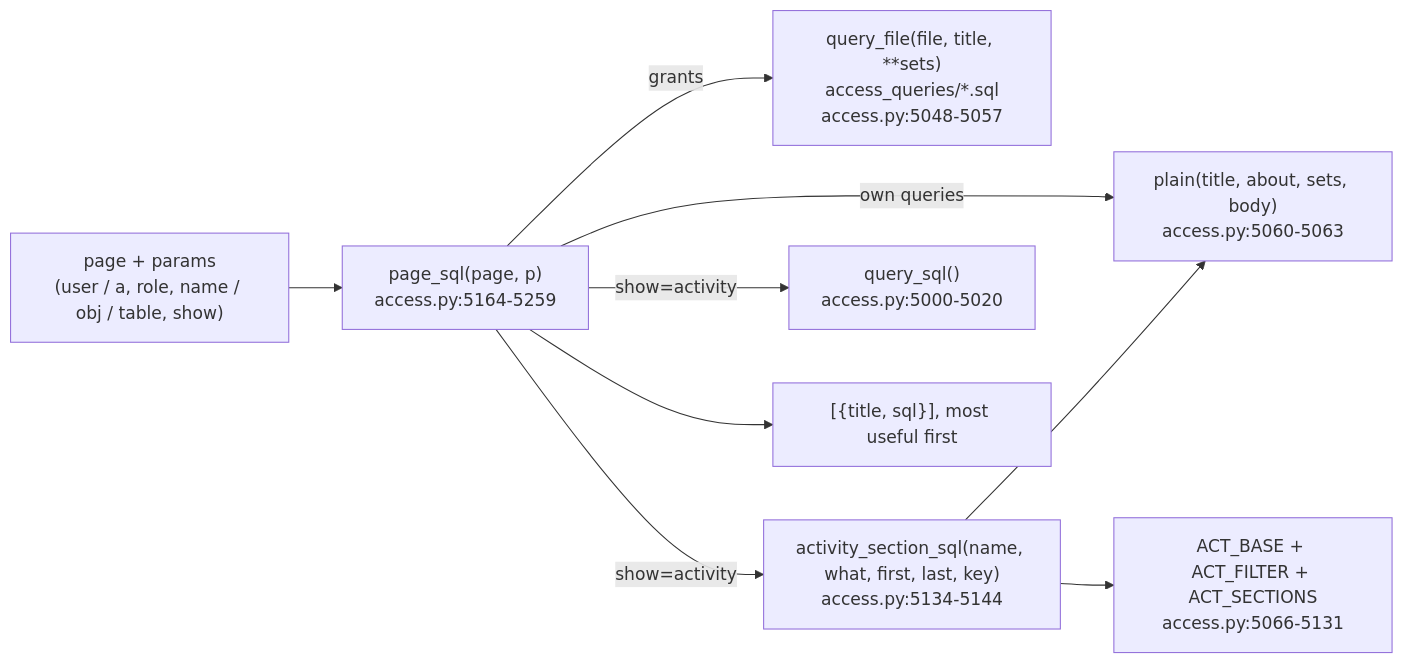
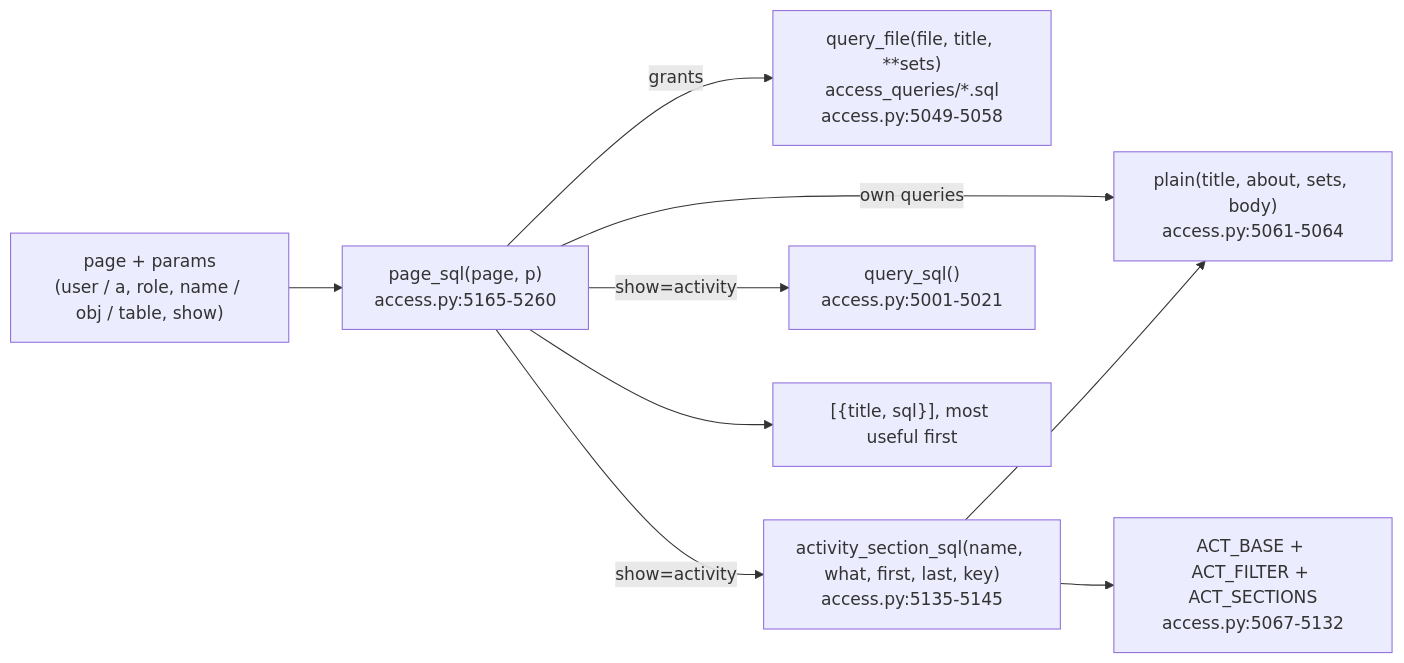
One commit to darshanmeel/snowflake-access-explorer changed the diagram in snowflake-access-explorer-knowledge-graph/logic/page-sql.md. Above: the diagram before and after it, drawn with Mermaid. The commit also changed other lines of this file and 55 other files, not shown here.

Commit message:
Docs and knowledge graph: background refresh, saved reads, DuckDB rule walk, kept rule results; graph line refs re-synced

````diff
--- a/snowflake-access-explorer-knowledge-graph/logic/page-sql.md
+++ b/snowflake-access-explorer-knowledge-graph/logic/page-sql.md
@@ -6,11 +6,11 @@
 ```mermaid
 flowchart LR
-  P["page + params<br/>(user / a, role, name / obj / table, show)"] --> PS["page_sql(page, p)<br/>access.py:5164-5259"]
-  PS -->|grants| QF["query_file(file, title, **sets)<br/>access_queries/*.sql<br/>access.py:5048-5057"]
-  PS -->|own queries| PL["plain(title, about, sets, body)<br/>access.py:5060-5063"]
-  PS -->|show=activity| AS["activity_section_sql(name, what, first, last, key)<br/>access.py:5134-5144"]
+  P["page + params<br/>(user / a, role, name / obj / table, show)"] --> PS["page_sql(page, p)<br/>access.py:5165-5260"]
+  PS -->|grants| QF["query_file(file, title, **sets)<br/>access_queries/*.sql<br/>access.py:5049-5058"]
+  PS -->|own queries| PL["plain(title, about, sets, body)<br/>access.py:5061-5064"]
+  PS -->|show=activity| AS["activity_section_sql(name, what, first, last, key)<br/>access.py:5135-5145"]
   AS --> PL
-  AS --> AB["ACT_BASE + ACT_FILTER + ACT_SECTIONS<br/>access.py:5066-5131"]
-  PS -->|show=activity| QS["query_sql()<br/>access.py:5000-5020"]
+  AS --> AB["ACT_BASE + ACT_FILTER + ACT_SECTIONS<br/>access.py:5067-5132"]
+  PS -->|show=activity| QS["query_sql()<br/>access.py:5001-5021"]
   PS --> OUT["[{title, sql}], most useful first"]
 ```
````
